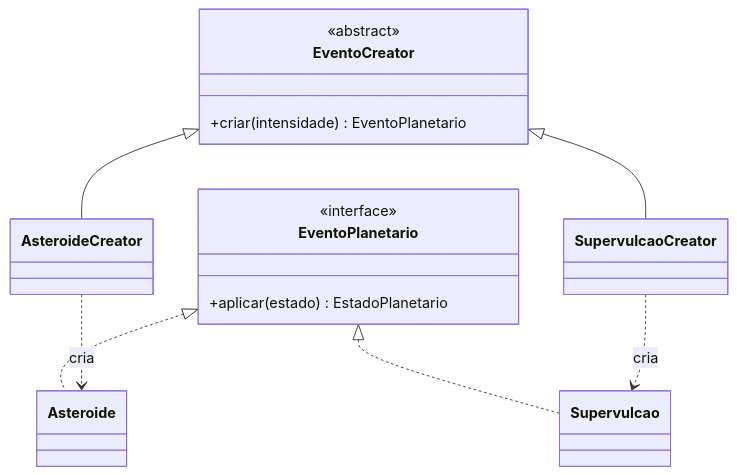
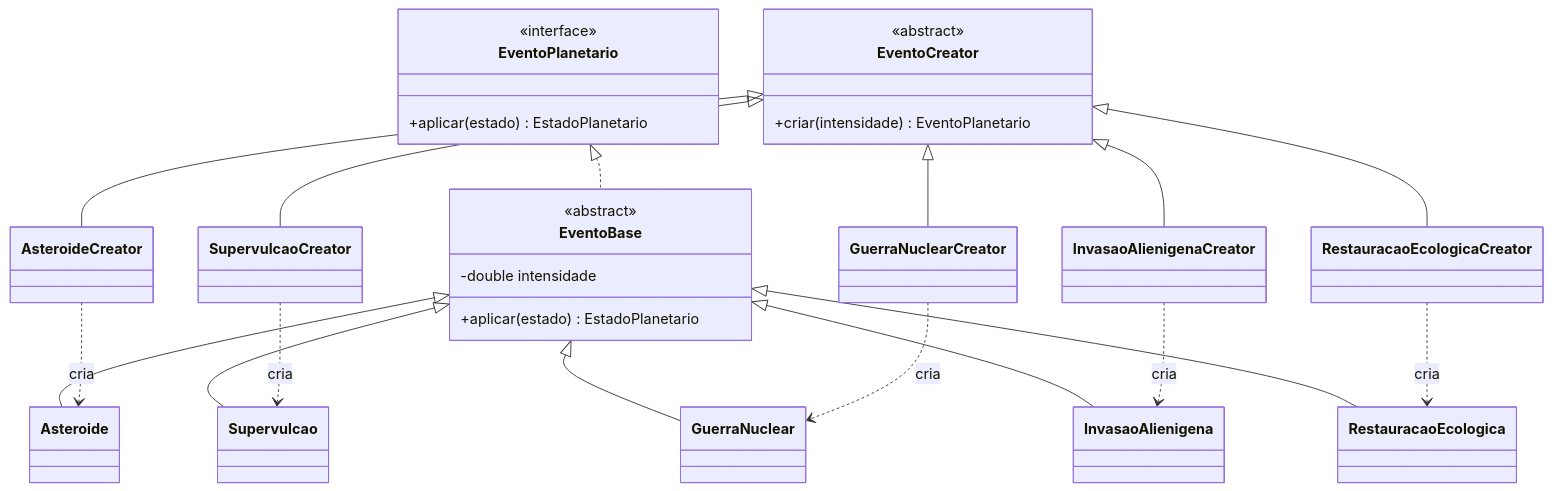
Before and after one commit to GlxV/ProjektTellus: the first of 4 diagrams in docs/PADROES.md, drawn with Mermaid. The commit also changed other lines of this file and 2 other files, not shown here.

````diff
--- a/docs/PADROES.md
+++ b/docs/PADROES.md
@@ -9,21 +9,42 @@
 ```mermaid
 classDiagram
   class EventoCreator {
     <<abstract>>
     +criar(intensidade) EventoPlanetario
   }
   class AsteroideCreator
   class SupervulcaoCreator
+  class GuerraNuclearCreator
+  class InvasaoAlienigenaCreator
+  class RestauracaoEcologicaCreator
   class EventoPlanetario {
     <<interface>>
     +aplicar(estado) EstadoPlanetario
   }
+  class EventoBase {
+    <<abstract>>
+    -double intensidade
+    +aplicar(estado) EstadoPlanetario
+  }
   class Asteroide
   class Supervulcao
+  class GuerraNuclear
+  class InvasaoAlienigena
+  class RestauracaoEcologica
   EventoCreator <|-- AsteroideCreator
   EventoCreator <|-- SupervulcaoCreator
-  EventoPlanetario <|.. Asteroide
-  EventoPlanetario <|.. Supervulcao
+  EventoCreator <|-- GuerraNuclearCreator
+  EventoCreator <|-- InvasaoAlienigenaCreator
+  EventoCreator <|-- RestauracaoEcologicaCreator
+  EventoPlanetario <|.. EventoBase
+  EventoBase <|-- Asteroide
+  EventoBase <|-- Supervulcao
+  EventoBase <|-- GuerraNuclear
+  EventoBase <|-- InvasaoAlienigena
+  EventoBase <|-- RestauracaoEcologica
   AsteroideCreator ..> Asteroide : cria
   SupervulcaoCreator ..> Supervulcao : cria
+  GuerraNuclearCreator ..> GuerraNuclear : cria
+  InvasaoAlienigenaCreator ..> InvasaoAlienigena : cria
+  RestauracaoEcologicaCreator ..> RestauracaoEcologica : cria
 ```
````
